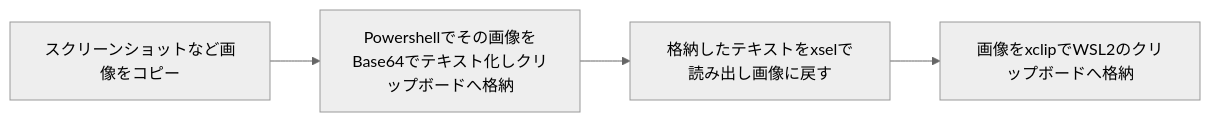
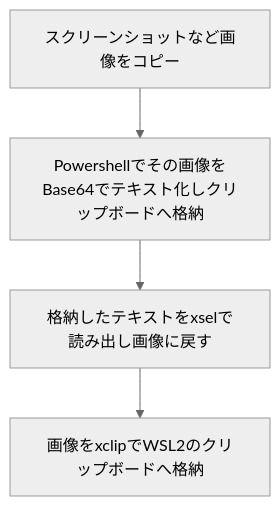
One commit to metaproxy-technologies/pages changed the third of 3 diagrams in docs/_posts/2021-12-22-pasteImageWithWSL2.md. Above: the diagram before and after it, drawn with Mermaid (neutral theme). The commit also changed other lines of this file and 3 other files, not shown here.

````diff
--- a/docs/_posts/2021-12-22-pasteImageWithWSL2.md
+++ b/docs/_posts/2021-12-22-pasteImageWithWSL2.md
@@ -101,10 +89,10 @@
 ```mermaid
-graph LR;
+graph TD;
   A[スクリーンショットなど画像をコピー]
   B[Powershellでその画像をBase64でテキスト化しクリップボードへ格納]
   C[格納したテキストをxselで読み出し画像に戻す]
   D[画像をxclipでWSL2のクリップボードへ格納]
   A --> B
   B --> C
   C --> D
 ```
````
